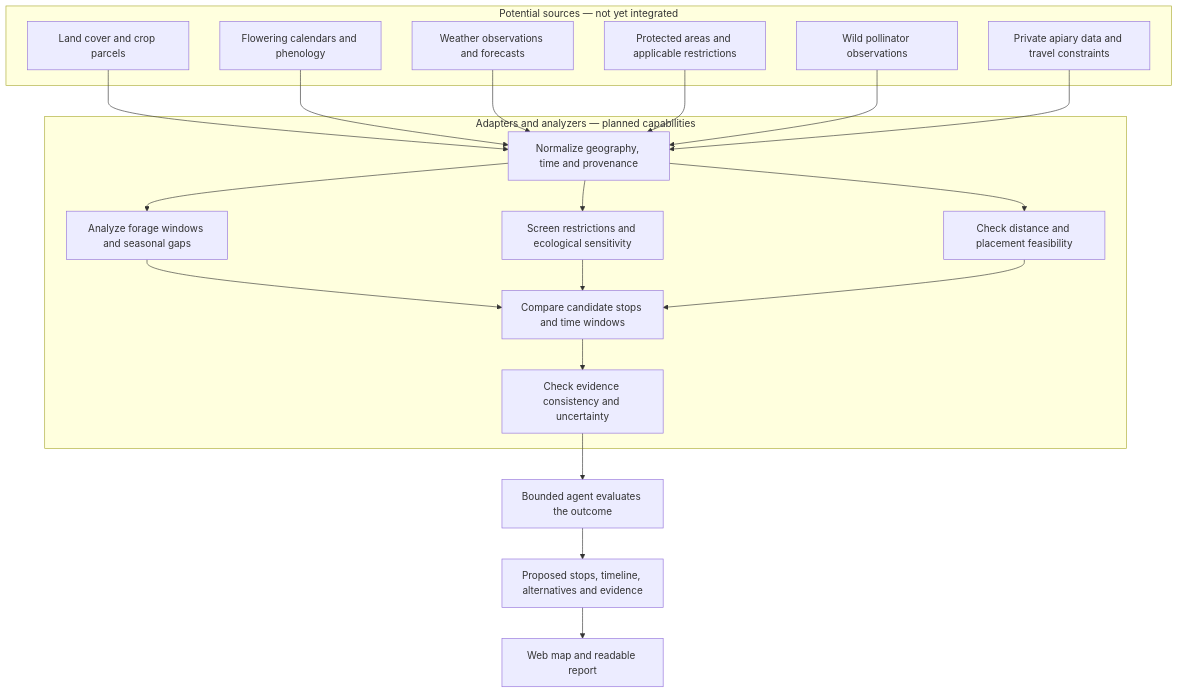
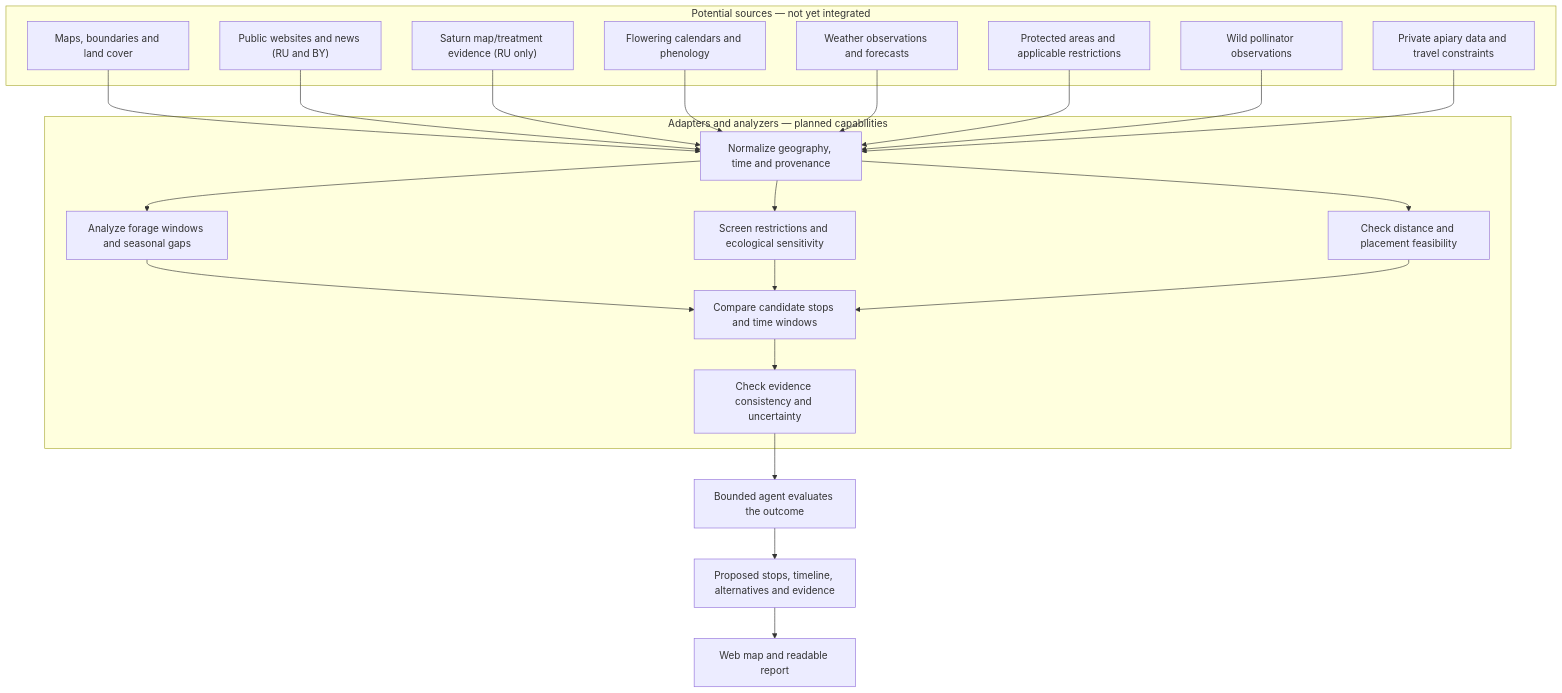
One commit to PermieGeo/melliatlas changed the second of 2 diagrams in README.md. Above: the diagram before and after it, drawn with Mermaid. The commit also changed other lines of this file and 6 other files, not shown here.

````diff
--- a/README.md
+++ b/README.md
@@ -44,37 +44,41 @@
 ```mermaid
 flowchart TD
     subgraph Sources["Potential sources — not yet integrated"]
-        LAND["Land cover and crop parcels"]
+        LAND["Maps, boundaries and land cover"]
+        PUBLIC["Public websites and news (RU and BY)"]
+        SATURN["Saturn map/treatment evidence (RU only)"]
         FLOW["Flowering calendars and phenology"]
         WX["Weather observations and forecasts"]
         CONS["Protected areas and applicable restrictions"]
         WILD["Wild pollinator observations"]
         APIARY["Private apiary data and travel constraints"]
     end
 
     subgraph Processing["Adapters and analyzers — planned capabilities"]
         NORM["Normalize geography, time and provenance"]
         FORAGE["Analyze forage windows and seasonal gaps"]
         ECO["Screen restrictions and ecological sensitivity"]
         FEAS["Check distance and placement feasibility"]
         COMBINE["Compare candidate stops and time windows"]
         VERIFY["Check evidence consistency and uncertainty"]
     end
 
     LAND --> NORM
+    PUBLIC --> NORM
+    SATURN --> NORM
     FLOW --> NORM
     WX --> NORM
     CONS --> NORM
     WILD --> NORM
     APIARY --> NORM
     NORM --> FORAGE
     NORM --> ECO
     NORM --> FEAS
     FORAGE --> COMBINE
     ECO --> COMBINE
     FEAS --> COMBINE
     COMBINE --> VERIFY
     VERIFY --> AGENT["Bounded agent evaluates the outcome"]
     AGENT --> RESULT["Proposed stops, timeline, alternatives and evidence"]
     RESULT --> MAP["Web map and readable report"]
 ```
````
